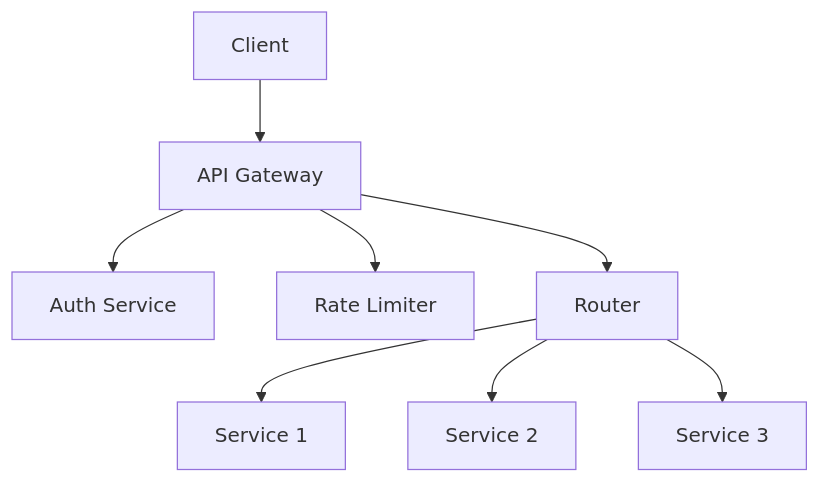
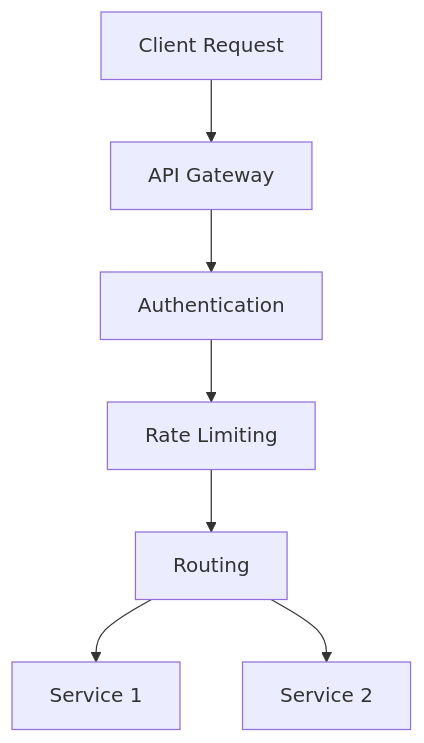
One commit to VrushankPatel/interview-matters changed the diagram in api-gateway-implementation/README.md. Above: the diagram before and after it, drawn with Mermaid. The commit also changed other lines of this file and 3 other files, not shown here.

Commit message:
kb: update topics Docker Best Practices, API Gateway Implementation, Event Streaming with Apache Kafka, Machine Learning in System Design

````diff
--- a/api-gateway-implementation/README.md
+++ b/api-gateway-implementation/README.md
@@ -30,10 +71,9 @@
 ```mermaid
 graph TD
-    A[Client] --> B[API Gateway]
-    B --> C[Auth Service]
-    B --> D[Rate Limiter]
-    B --> E[Router]
-    E --> F[Service 1]
-    E --> G[Service 2]
-    E --> H[Service 3]
+A[Client Request] --> B[API Gateway]
+B --> C[Authentication]
+C --> D[Rate Limiting]
+D --> E[Routing]
+E --> F[Service 1]
+E --> G[Service 2]
 ```
````
